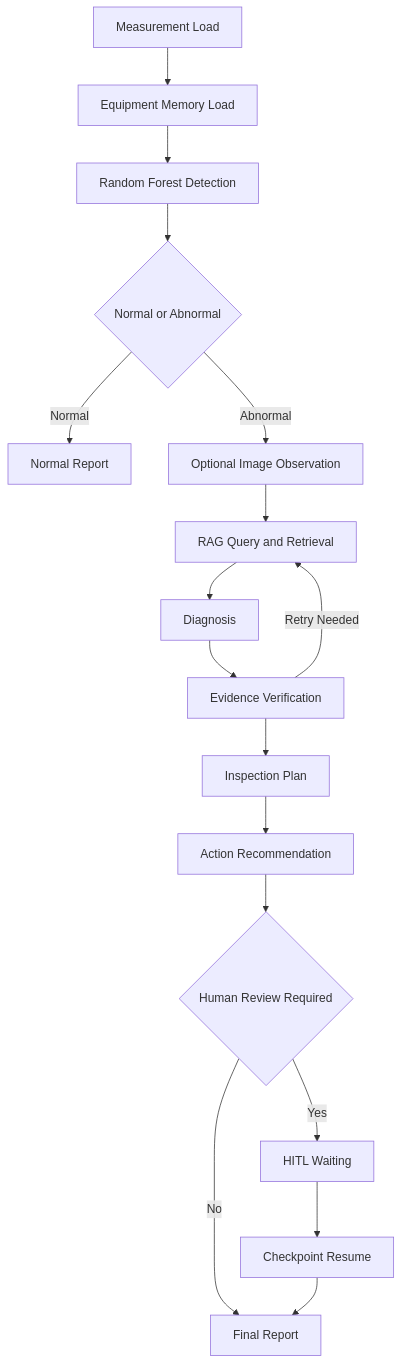
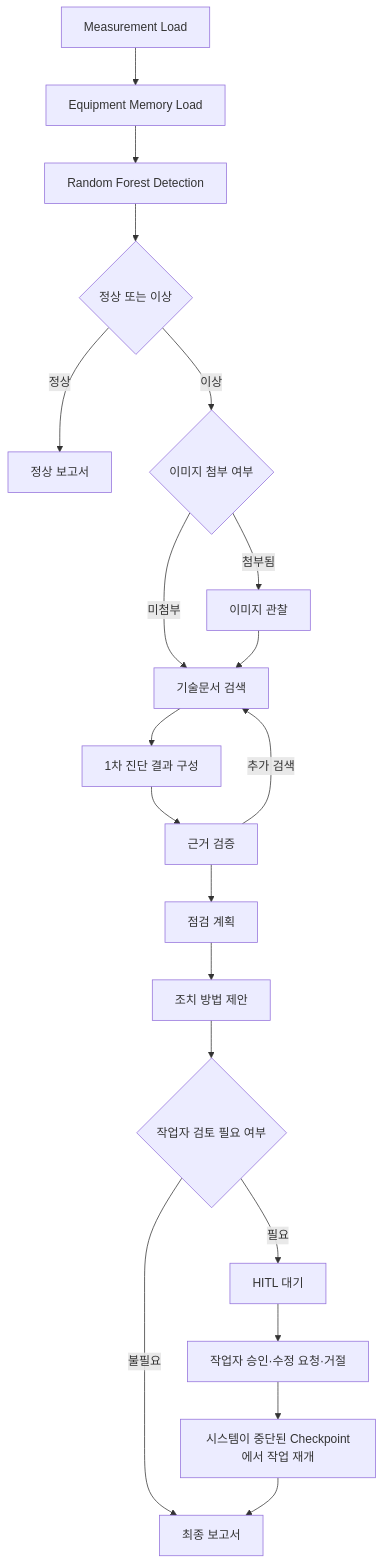
Before and after one commit to lsh97nd-code/AI-Smart-Factory-Agent-Office: the diagram in docs/supporting/agent_technical_description.md, drawn with Mermaid. The commit also changed other lines of this file and 8 other files, not shown here.

````diff
--- a/docs/supporting/agent_technical_description.md
+++ b/docs/supporting/agent_technical_description.md
@@ -9,19 +9,22 @@
 ```mermaid
 flowchart TD
     A[Measurement Load] --> B[Equipment Memory Load]
     B --> C[Random Forest Detection]
-    C --> D{Normal or Abnormal}
-    D -->|Normal| E[Normal Report]
-    D -->|Abnormal| F[Optional Image Observation]
-    F --> G[RAG Query and Retrieval]
-    G --> H[Diagnosis]
-    H --> I[Evidence Verification]
-    I -->|Retry Needed| G
-    I --> J[Inspection Plan]
-    J --> K[Action Recommendation]
-    K --> L{Human Review Required}
-    L -->|No| M[Final Report]
-    L -->|Yes| N[HITL Waiting]
-    N --> O[Checkpoint Resume]
-    O --> M
+    C --> D{정상 또는 이상}
+    D -->|정상| E[정상 보고서]
+    D -->|이상| F{이미지 첨부 여부}
+    F -->|첨부됨| G[이미지 관찰]
+    F -->|미첨부| H[기술문서 검색]
+    G --> H
+    H --> I[1차 진단 결과 구성]
+    I --> J[근거 검증]
+    J -->|추가 검색| H
+    J --> K[점검 계획]
+    K --> L[조치 방법 제안]
+    L --> M{작업자 검토 필요 여부}
+    M -->|불필요| N[최종 보고서]
+    M -->|필요| O[HITL 대기]
+    O --> P[작업자 승인·수정 요청·거절]
+    P --> Q[시스템이 중단된 Checkpoint에서 작업 재개]
+    Q --> N
 ```
````
